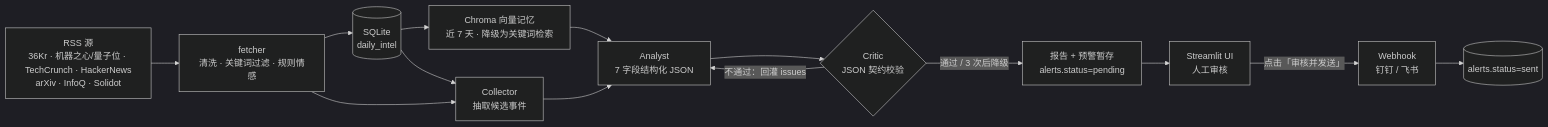
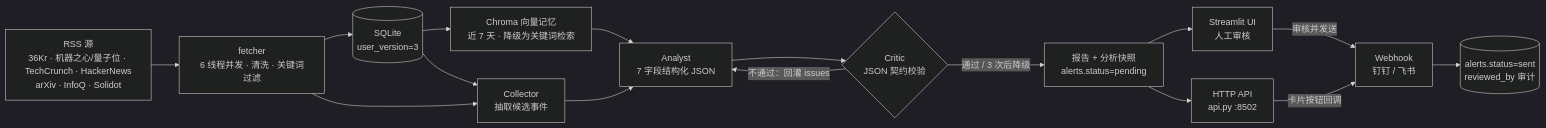
The diagram in README.md (karry0616/AI-Pulse), drawn with Mermaid (dark theme) before and after one commit. The commit also changed other lines of this file and 27 other files, not shown here.

````diff
--- a/README.md
+++ b/README.md
@@ -11,16 +44,18 @@
 ```mermaid
 flowchart LR
-    A["RSS 源<br/>36Kr · 机器之心/量子位 · TechCrunch · HackerNews<br/>arXiv · InfoQ · Solidot"] --> B["fetcher<br/>清洗 · 关键词过滤 · 规则情感"]
-    B --> C[("SQLite<br/>daily_intel")]
+    A["RSS 源<br/>36Kr · 机器之心/量子位 · TechCrunch · HackerNews<br/>arXiv · InfoQ · Solidot"] --> B["fetcher<br/>6 线程并发 · 清洗 · 关键词过滤"]
+    B --> C[("SQLite<br/>user_version=3")]
     C --> D["Chroma 向量记忆<br/>近 7 天 · 降级为关键词检索"]
     C --> E
     B --> E["Collector<br/>抽取候选事件"]
     E --> F["Analyst<br/>7 字段结构化 JSON"]
     F --> G{"Critic<br/>JSON 契约校验"}
     G -- 不通过：回灌 issues --> F
-    G -- 通过 / 3 次后降级 --> H["报告 + 预警暂存<br/>alerts.status=pending"]
+    G -- 通过 / 3 次后降级 --> H["报告 + 分析快照<br/>alerts.status=pending"]
     D --> F
     H --> I["Streamlit UI<br/>人工审核"]
-    I -- 点击「审核并发送」 --> J["Webhook<br/>钉钉 / 飞书"]
-    J --> K[("alerts.status=sent")]
+    H --> P["HTTP API<br/>api.py :8502"]
+    I -- 审核并发送 --> J["Webhook<br/>钉钉 / 飞书"]
+    P -- 卡片按钮回调 --> J
+    J --> K[("alerts.status=sent<br/>reviewed_by 审计")]
 ```
````
